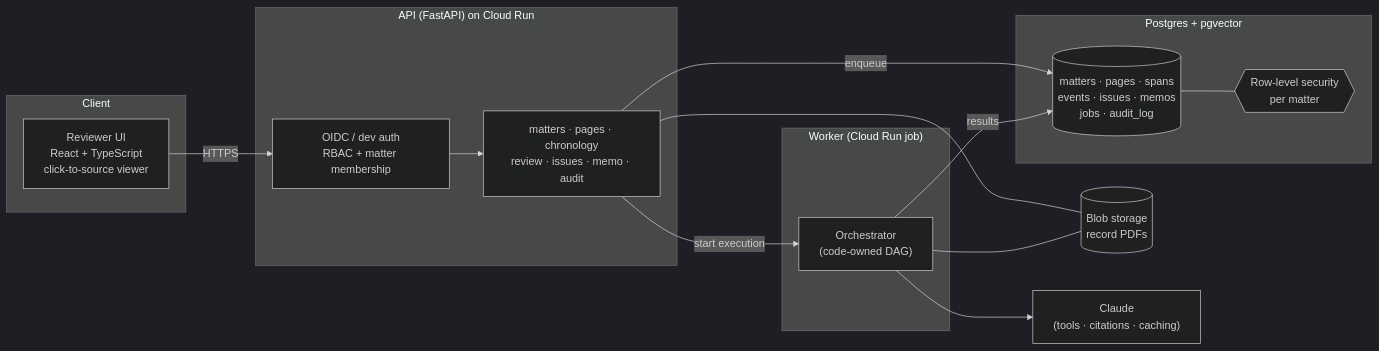
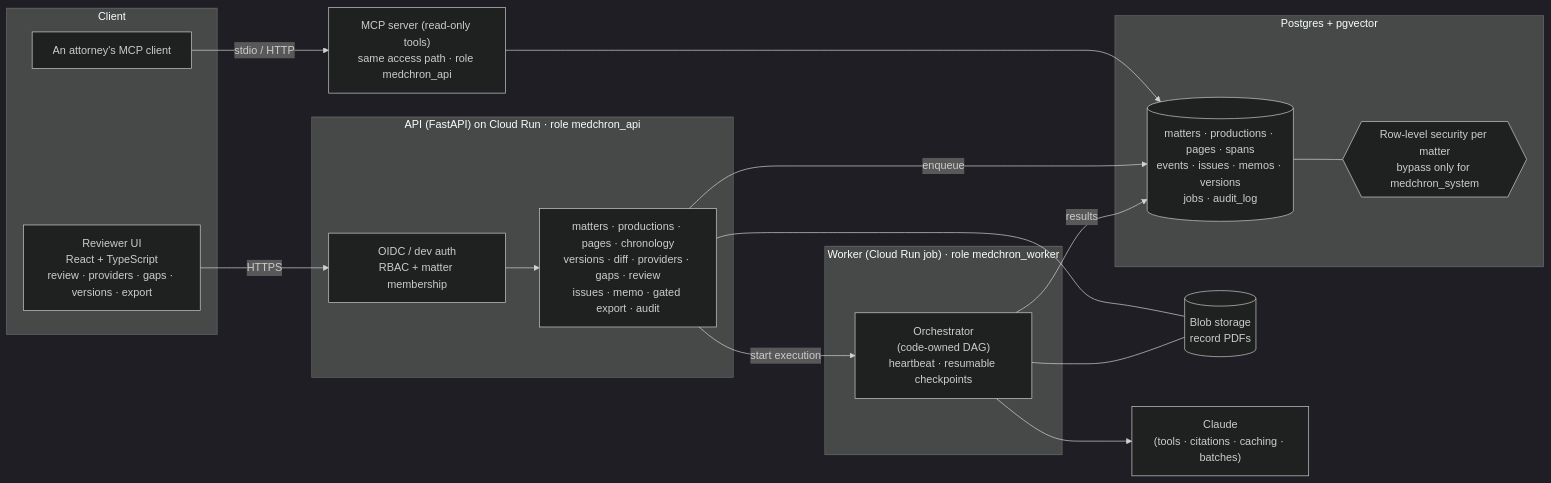
Before and after one commit to hanzalah5/medchron-agent: the first of 4 diagrams in docs/architecture.md, drawn with Mermaid (dark theme). The commit also changed other lines of this file and 11 other files, not shown here.

````diff
--- a/docs/architecture.md
+++ b/docs/architecture.md
@@ -5,28 +5,31 @@
 ```mermaid
 flowchart LR
     subgraph Client
-        UI["Reviewer UI<br/>React + TypeScript<br/>click-to-source viewer"]
+        UI["Reviewer UI<br/>React + TypeScript<br/>review · providers · gaps · versions · export"]
+        MCPC["An attorney's MCP client"]
     end
-    subgraph API["API (FastAPI) on Cloud Run"]
+    subgraph API["API (FastAPI) on Cloud Run · role medchron_api"]
         AUTH["OIDC / dev auth<br/>RBAC + matter membership"]
-        ROUTES["matters · pages · chronology<br/>review · issues · memo · audit"]
+        ROUTES["matters · productions · pages · chronology<br/>versions · diff · providers · gaps · review<br/>issues · memo · gated export · audit"]
     end
-    subgraph Worker["Worker (Cloud Run job)"]
-        ORCH["Orchestrator<br/>(code-owned DAG)"]
+    MCP["MCP server (read-only tools)<br/>same access path · role medchron_api"]
+    subgraph Worker["Worker (Cloud Run job) · role medchron_worker"]
+        ORCH["Orchestrator<br/>(code-owned DAG)<br/>heartbeat · resumable checkpoints"]
     end
     subgraph Data["Postgres + pgvector"]
-        T[("matters · pages · spans<br/>events · issues · memos<br/>jobs · audit_log")]
-        RLS{{"Row-level security<br/>per matter"}}
+        T[("matters · productions · pages · spans<br/>events · issues · memos · versions<br/>jobs · audit_log")]
+        RLS{{"Row-level security per matter<br/>bypass only for medchron_system"}}
     end
     GCS[("Blob storage<br/>record PDFs")]
-    LLM["Claude<br/>(tools · citations · caching)"]
+    LLM["Claude<br/>(tools · citations · caching · batches)"]
 
     UI -->|HTTPS| AUTH --> ROUTES
+    MCPC -->|stdio / HTTP| MCP --> T
     ROUTES -->|enqueue| T
     ROUTES -->|start execution| ORCH
     ROUTES --- GCS
     ORCH --- GCS
     ORCH --> LLM
     ORCH -->|results| T
     T --- RLS
 ```
````
